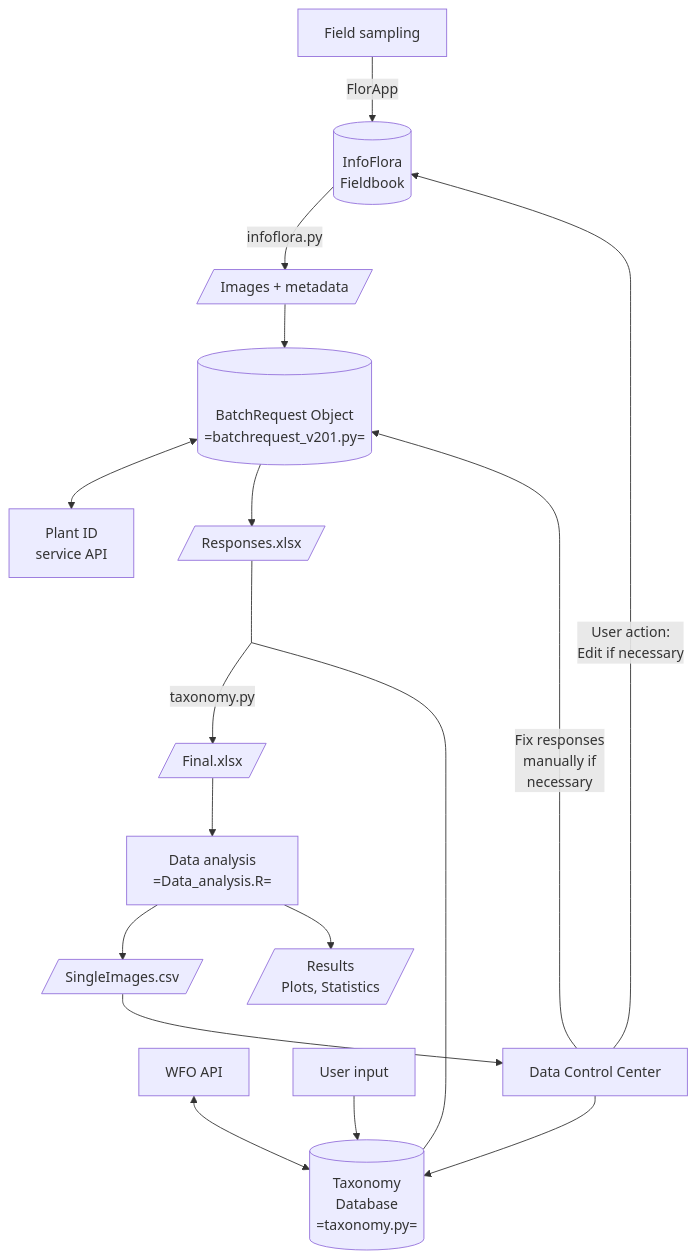
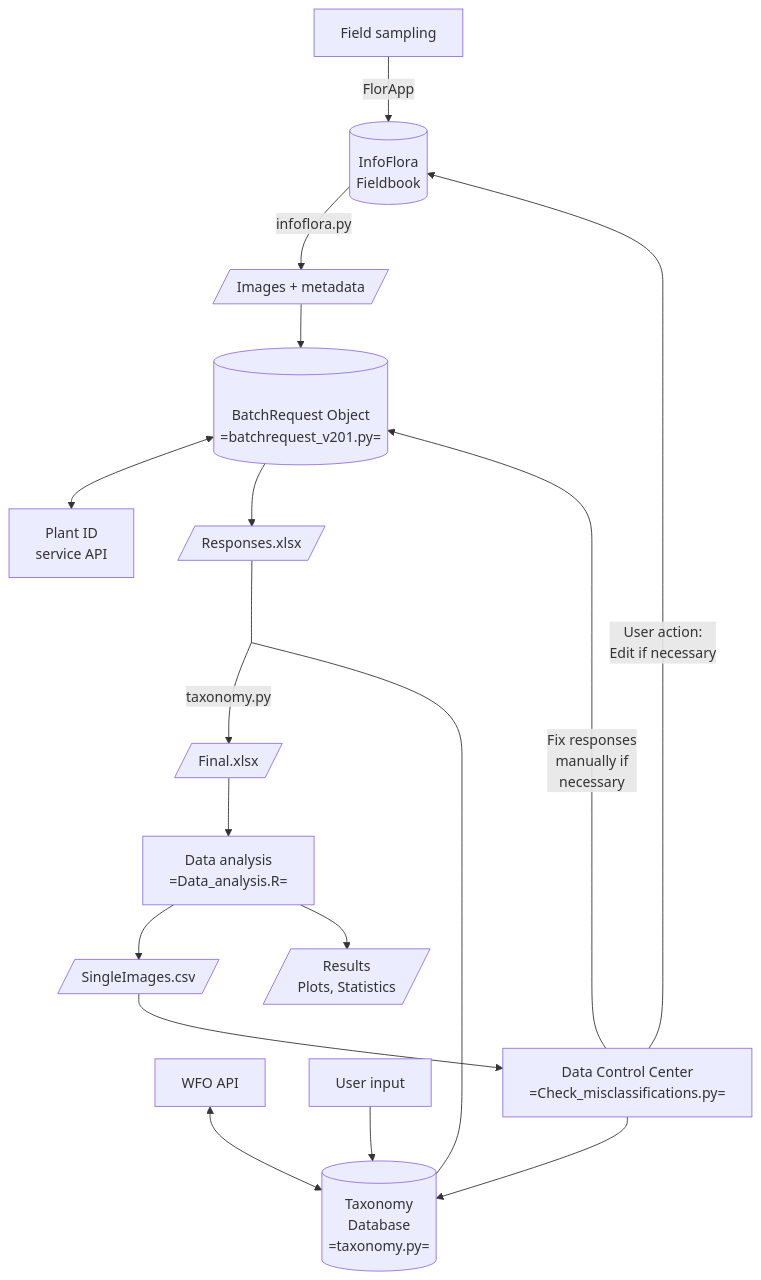
The diagram in README.md (ManuelPopp/SwissPlantCV), drawn with Mermaid before and after one commit.

````diff
--- a/README.md
+++ b/README.md
@@ -5,21 +5,21 @@
 ```mermaid
 graph TD
     A[Field sampling] --> |FlorApp| B[(InfoFlora<br>Fieldbook)]
     B --> |infoflora.py| C[/Images + metadata/]
     D[(<br>BatchRequest Object<br>=batchrequest_v201.py=)] <--> E[Plant ID<br>service API]
     C --> D
     D --> F[/Responses.xlsx/]
     F --- G[ ]:::empty
     G --> |"taxonomy.py"| H[/Final.xlsx/]
     I[WFO API] <--> J[(Taxonomy<br>Database<br>=taxonomy.py=)]
     K[User input] --> J
     J --- G
     H --> X[Data analysis<br>=Data_analysis.R=]
     X --> L[/SingleImages.csv/]
-    L --> M[Data Control Center]
+    L --> M[Data Control Center<br>=Check_misclassifications.py=]
     M --> J
     M --> |Fix responses<br>manually if<br>necessary| D
     M --> |User action:<br>Edit if necessary| B
     X --> Z[/Results<br>Plots, Statistics/]
 classDef empty width:0px,height:0px;
 ```
````
